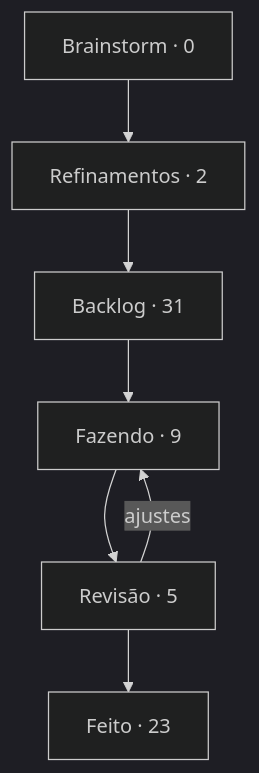
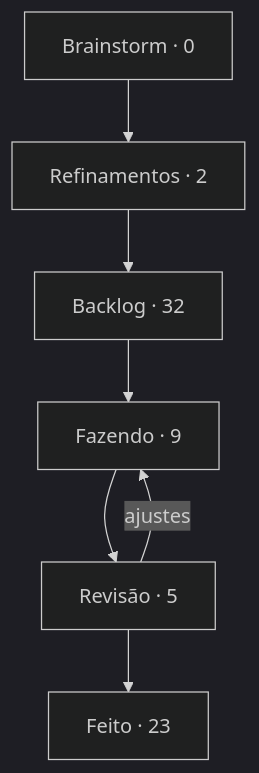
One commit to StudioVibi/VibiKanban changed the diagram in boards/dungeon-bend/BOARD.md. Above: the diagram before and after it, drawn with Mermaid (dark theme). The commit also changed other lines of this file and 3 other files, not shown here.

````diff
--- a/boards/dungeon-bend/BOARD.md
+++ b/boards/dungeon-bend/BOARD.md
@@ -5,12 +5,12 @@
 ```mermaid
 flowchart TD
   brainstorm["Brainstorm · 0"] --> refinamentos["Refinamentos · 2"]
-  refinamentos --> backlog["Backlog · 31"]
+  refinamentos --> backlog["Backlog · 32"]
   backlog --> doing["Fazendo · 9"]
   doing --> review["Revisão · 5"]
   review --> done["Feito · 23"]
   review -->|ajustes| doing
   doing:::blue
   review:::yellow
   done:::green
 ```
````
